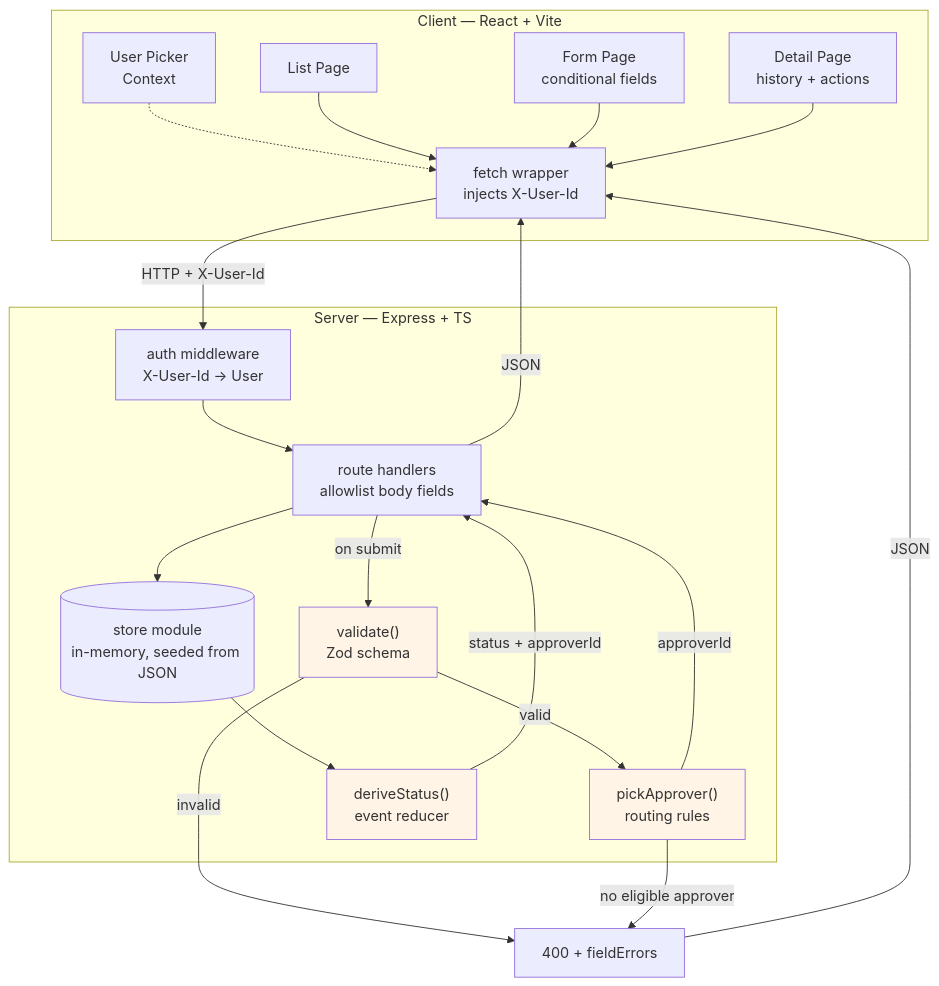
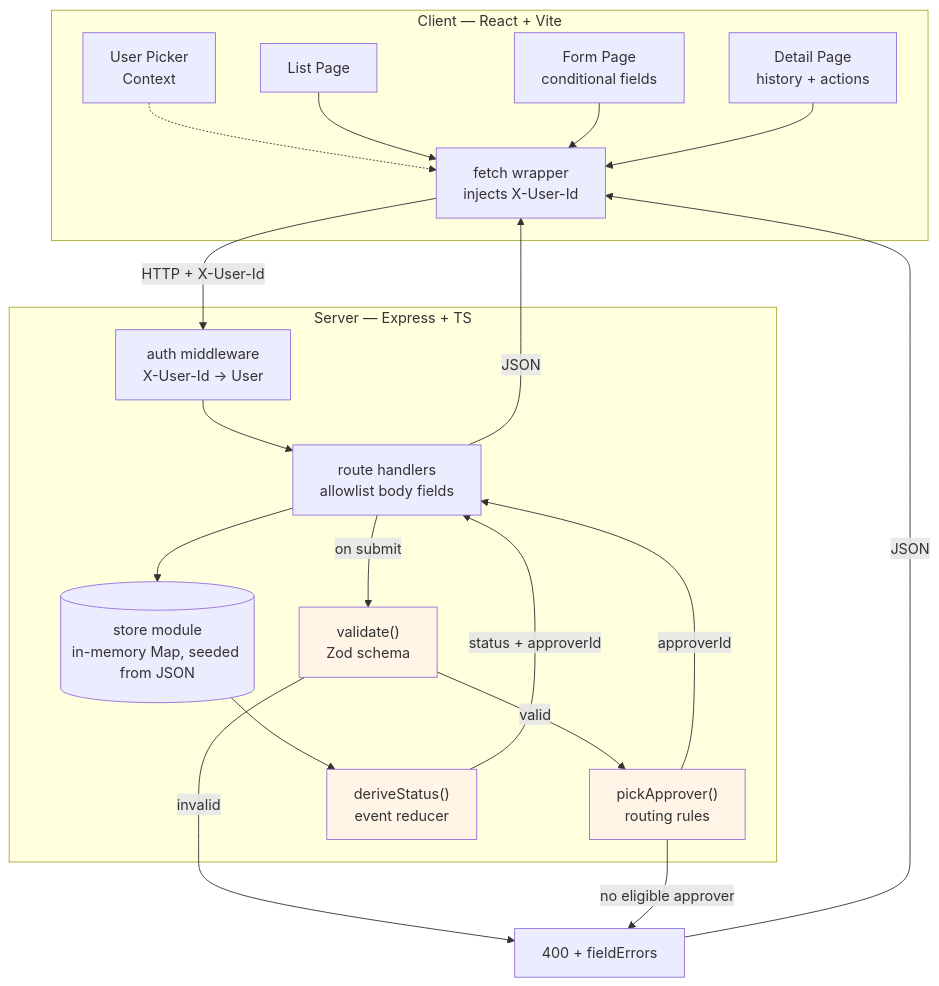
Before and after one commit to fullyslick/expense-requests-: the first of 2 diagrams in ADR.md, drawn with Mermaid. The commit also changed other lines of this file and 6 other files, not shown here.

````diff
--- a/ADR.md
+++ b/ADR.md
@@ -173,40 +175,40 @@
 ```mermaid
 flowchart TD
     subgraph Client["Client — React + Vite"]
         UP[User Picker<br/>Context]
         L[List Page]
         F[Form Page<br/>conditional fields]
         D[Detail Page<br/>history + actions]
         API[fetch wrapper<br/>injects X-User-Id]
     end
 
     subgraph Server["Server — Express + TS"]
         AUTH[auth middleware<br/>X-User-Id → User]
         R[route handlers<br/>allowlist body fields]
         V["validate()<br/>Zod schema"]
         RT["pickApprover()<br/>routing rules"]
         ST["deriveStatus()<br/>event reducer"]
-        S[(store module<br/>in-memory, seeded from JSON)]
+        S[(store module<br/>in-memory Map, seeded from JSON)]
     end
 
     UP -.-> API
     L --> API
     F --> API
     D --> API
     API -->|"HTTP + X-User-Id"| AUTH
     AUTH --> R
     R -->|"on submit"| V
     V -->|"invalid"| ERR[400 + fieldErrors]
     V -->|"valid"| RT
     RT -->|"no eligible approver"| ERR
     RT -->|"approverId"| R
     R --> S
     S --> ST
     ST -->|"status + approverId"| R
     R -->|"JSON"| API
     ERR -->|"JSON"| API
 
     style V fill:#fff4e6
     style RT fill:#fff4e6
     style ST fill:#fff4e6
 ```
````
